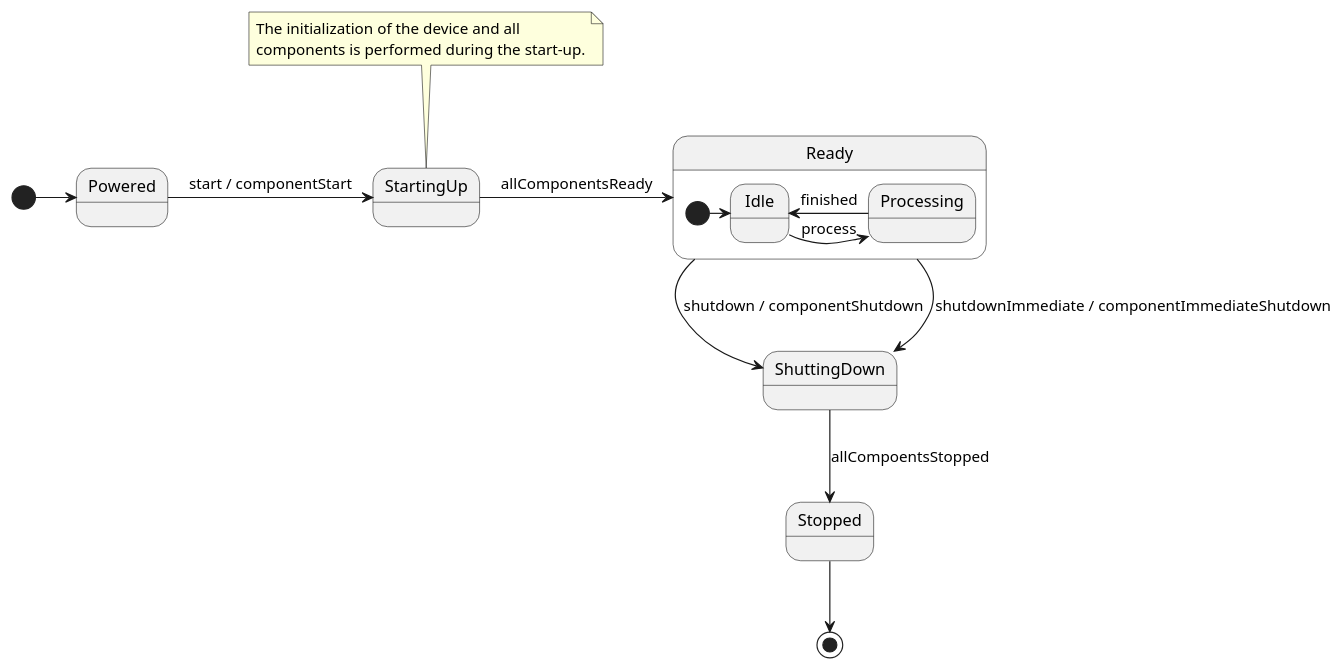
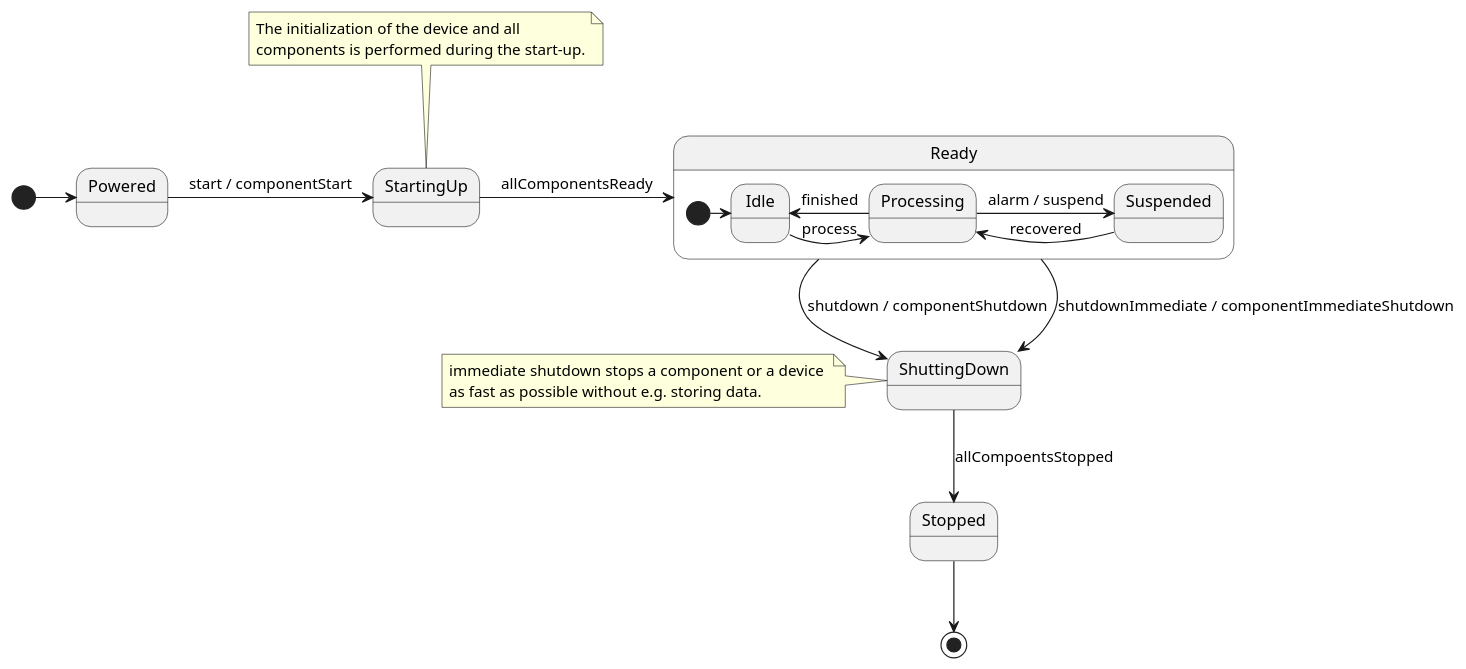
Before and after one commit to tangly-team/tangly-os: the third of 3 diagrams in src/site/website/content/blog/2025/blog-2025-02-01.adoc, drawn with PlantUML. The commit also changed other lines of this file and 46 other files, not shown here.

```diff
--- a/src/site/website/content/blog/2025/blog-2025-02-01.adoc
+++ b/src/site/website/content/blog/2025/blog-2025-02-01.adoc
@@ -337,22 +460,26 @@
-[plantuml,startup-shutdown,svg]
+[plantuml,target=startup-shutdown,format=svg]
 ----
 @startuml
 [*] -> Powered
 Powered  -> StartingUp : start / componentStart
 StartingUp -> Ready : allComponentsReady
 
 note top of StartingUp : The initialization of the device and all \ncomponents is performed during the start-up.
 
 state Ready {
 [*] -> Idle
 Idle -> Processing : process
 Processing -> Idle : finished
+Processing -> Suspended : alarm / suspend
+Suspended -> Processing : recovered
 }
 
 Ready --> ShuttingDown : shutdown / componentShutdown
 Ready --> ShuttingDown : shutdownImmediate / componentImmediateShutdown
 
+note left of ShuttingDown : immediate shutdown stops a component or a device \nas fast as possible without e.g. storing data.
+
 ShuttingDown --> Stopped : allCompoentsStopped
 Stopped --> [*]
 @enduml
 ----
```
